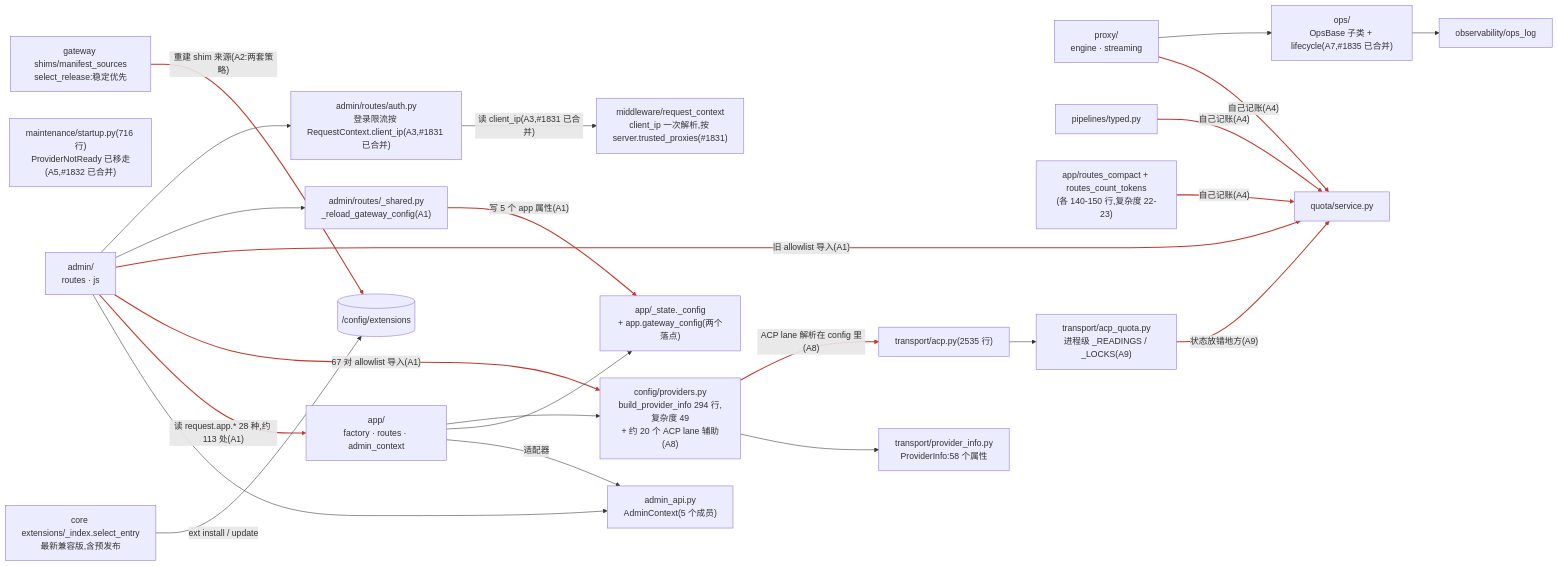
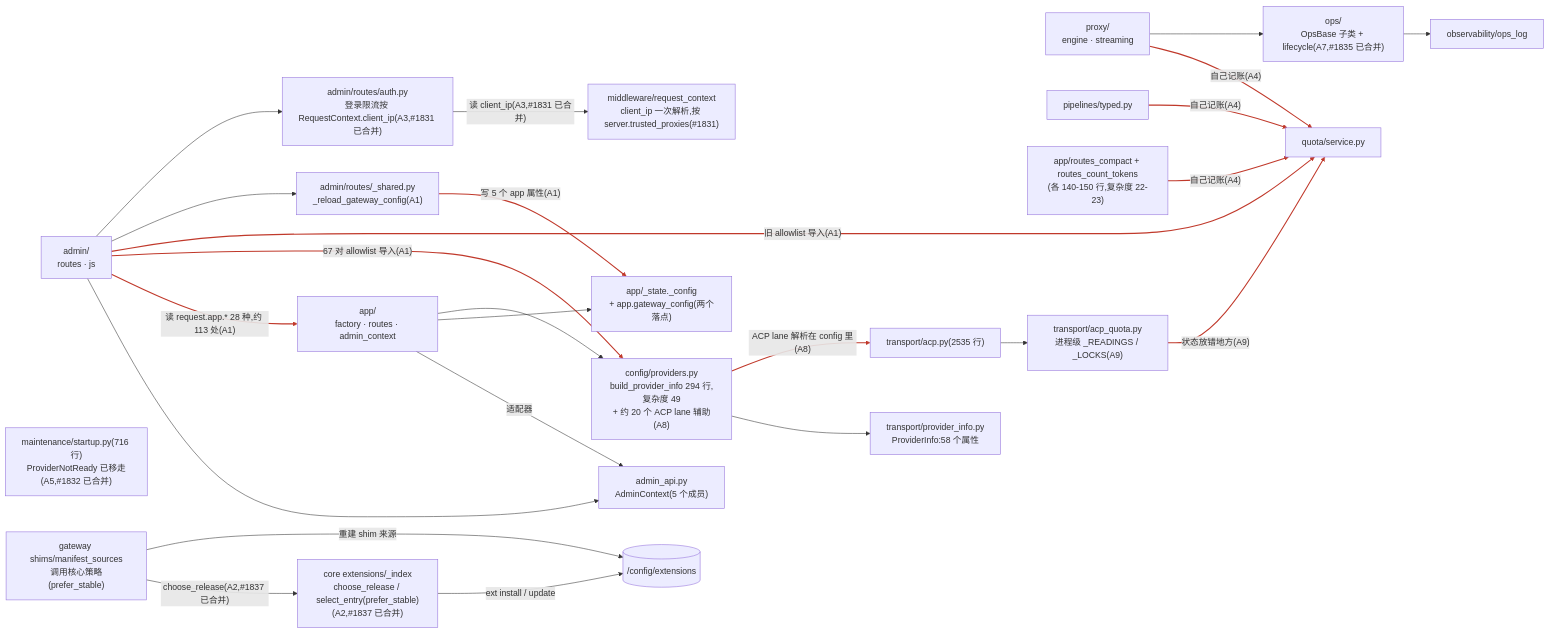
One commit to Oaklight/llm-rosetta changed the diagram in gap_actual.mmd. Above: the diagram before and after it, drawn with Mermaid. The commit also changed 4 other files, not shown here.

Commit message:
diagrams: one extension install policy in core (#1837)

```diff
--- a/gap_actual.mmd
+++ b/gap_actual.mmd
@@ -1,45 +1,46 @@
 flowchart LR
   ADMIN["admin/<br/>routes · js"]
   ADMINAPI["admin_api.py<br/>AdminContext(5 个成员)"]
   APP["app/<br/>factory · routes · admin_context"]
   STATE["app/_state._config<br/>+ app.gateway_config(两个落点)"]
   RELOAD["admin/routes/_shared.py<br/>_reload_gateway_config(A1)"]
   LOGIN["admin/routes/auth.py<br/>登录限流按 RequestContext.client_ip(A3,#1831 已合并)"]
   MWCTX["middleware/request_context<br/>client_ip 一次解析,按 server.trusted_proxies(#1831)"]
   PROXY["proxy/<br/>engine · streaming"]
   PIPES["pipelines/typed.py"]
   RELAY["app/routes_compact + routes_count_tokens<br/>(各 140-150 行,复杂度 22-23)"]
   CONFIG["config/providers.py<br/>build_provider_info 294 行,复杂度 49<br/>+ 约 20 个 ACP lane 辅助(A8)"]
   PINFO["transport/provider_info.py<br/>ProviderInfo:58 个属性"]
   TRANSPORT["transport/acp.py(2535 行)"]
   ACPQ["transport/acp_quota.py<br/>进程级 _READINGS / _LOCKS(A9)"]
   QUOTA["quota/service.py"]
   MAINT["maintenance/startup.py(716 行)<br/>ProviderNotReady 已移走(A5,#1832 已合并)"]
   OPS["ops/<br/>OpsBase 子类 + lifecycle(A7,#1835 已合并)"]
   OPSLOG["observability/ops_log"]
-  EXTCORE["core extensions/_index.select_entry<br/>最新兼容版,含预发布"]
-  EXTGW["gateway shims/manifest_sources<br/>select_release:稳定优先"]
+  EXTCORE["core extensions/_index<br/>choose_release / select_entry(prefer_stable)(A2,#1837 已合并)"]
+  EXTGW["gateway shims/manifest_sources<br/>调用核心策略(prefer_stable)"]
   EXTDIR[("/config/extensions")]
   ADMIN --> ADMINAPI
   APP -->|"适配器"| ADMINAPI
   ADMIN -->|"读 request.app.* 28 种,约 113 处(A1)"| APP
   ADMIN -->|"67 对 allowlist 导入(A1)"| CONFIG
   ADMIN -->|"旧 allowlist 导入(A1)"| QUOTA
   ADMIN --> RELOAD
   RELOAD -->|"写 5 个 app 属性(A1)"| STATE
   APP --> STATE
   ADMIN --> LOGIN
   LOGIN -->|"读 client_ip(A3,#1831 已合并)"| MWCTX
   PROXY -->|"自己记账(A4)"| QUOTA
   PIPES -->|"自己记账(A4)"| QUOTA
   RELAY -->|"自己记账(A4)"| QUOTA
   APP --> CONFIG
   CONFIG --> PINFO
   CONFIG -->|"ACP lane 解析在 config 里(A8)"| TRANSPORT
   TRANSPORT --> ACPQ
   ACPQ -->|"状态放错地方(A9)"| QUOTA
   PROXY --> OPS
   OPS --> OPSLOG
   EXTCORE -->|"ext install / update"| EXTDIR
-  EXTGW -->|"重建 shim 来源(A2:两套策略)"| EXTDIR
-  linkStyle 2,3,4,6,10,11,12,15,17,21 stroke:#c0392b,stroke-width:2px
+  EXTGW -->|"choose_release(A2,#1837 已合并)"| EXTCORE
+  EXTGW -->|"重建 shim 来源"| EXTDIR
+  linkStyle 2,3,4,6,10,11,12,15,17 stroke:#c0392b,stroke-width:2px
```
